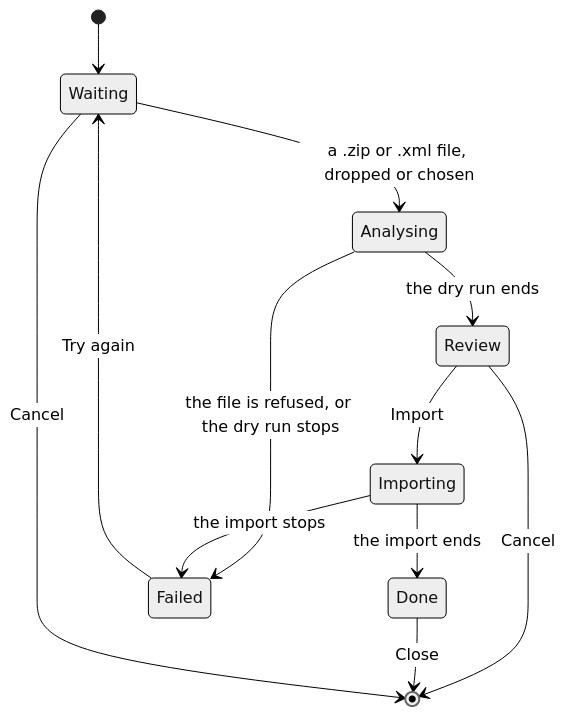
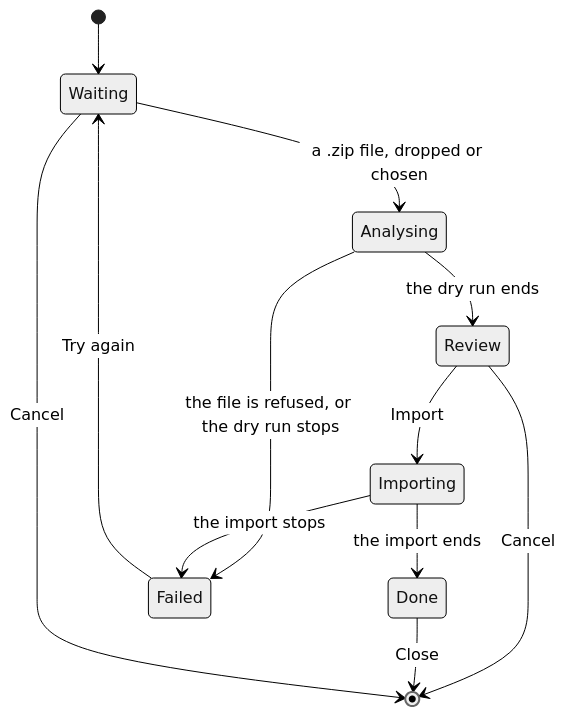
One commit to Jahia/formidable changed the second of 3 diagrams in docs/architecture/forms-import.md. Above: the diagram before and after it, drawn with Mermaid (neutral theme). The commit also changed other lines of this file and 2 other files, not shown here.

````diff
--- a/docs/architecture/forms-import.md
+++ b/docs/architecture/forms-import.md
@@ -352,14 +398,14 @@
 ```mermaid
 stateDiagram-v2
     [*] --> Waiting
-    Waiting --> Analysing: a .zip or .xml file, dropped or chosen
+    Waiting --> Analysing: a .zip file, dropped or chosen
     Analysing --> Review: the dry run ends
     Review --> Importing: Import
     Review --> [*]: Cancel
     Importing --> Done: the import ends
     Analysing --> Failed: the file is refused, or the dry run stops
     Importing --> Failed: the import stops
     Failed --> Waiting: Try again
     Done --> [*]: Close
     Waiting --> [*]: Cancel
 ```
````
